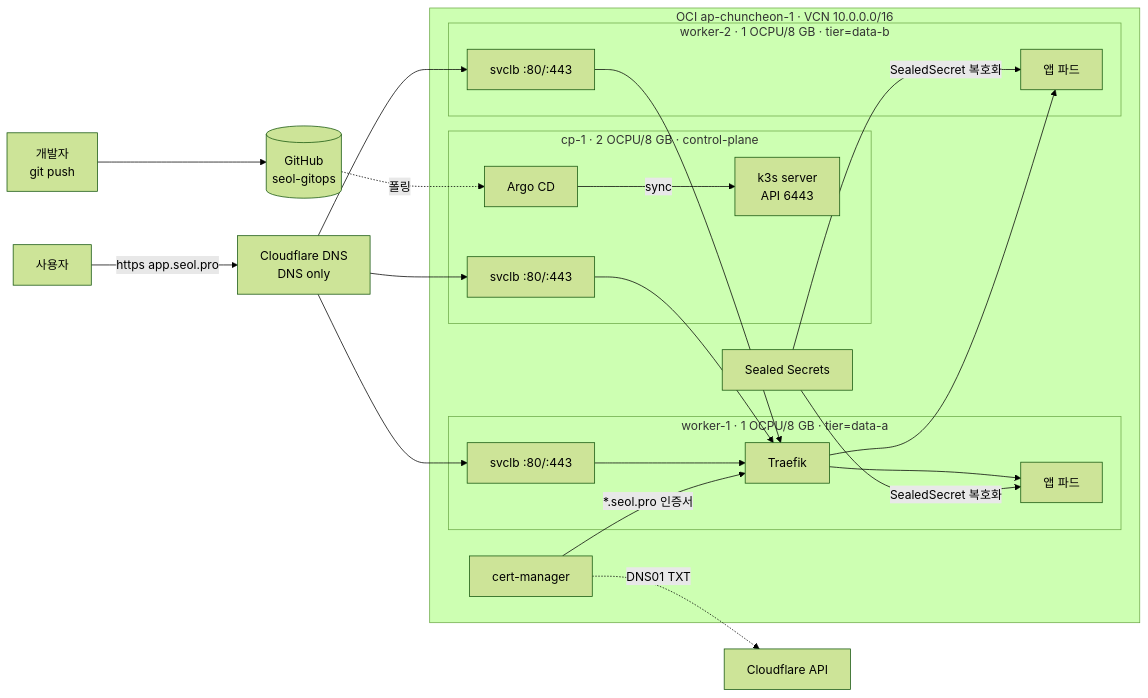
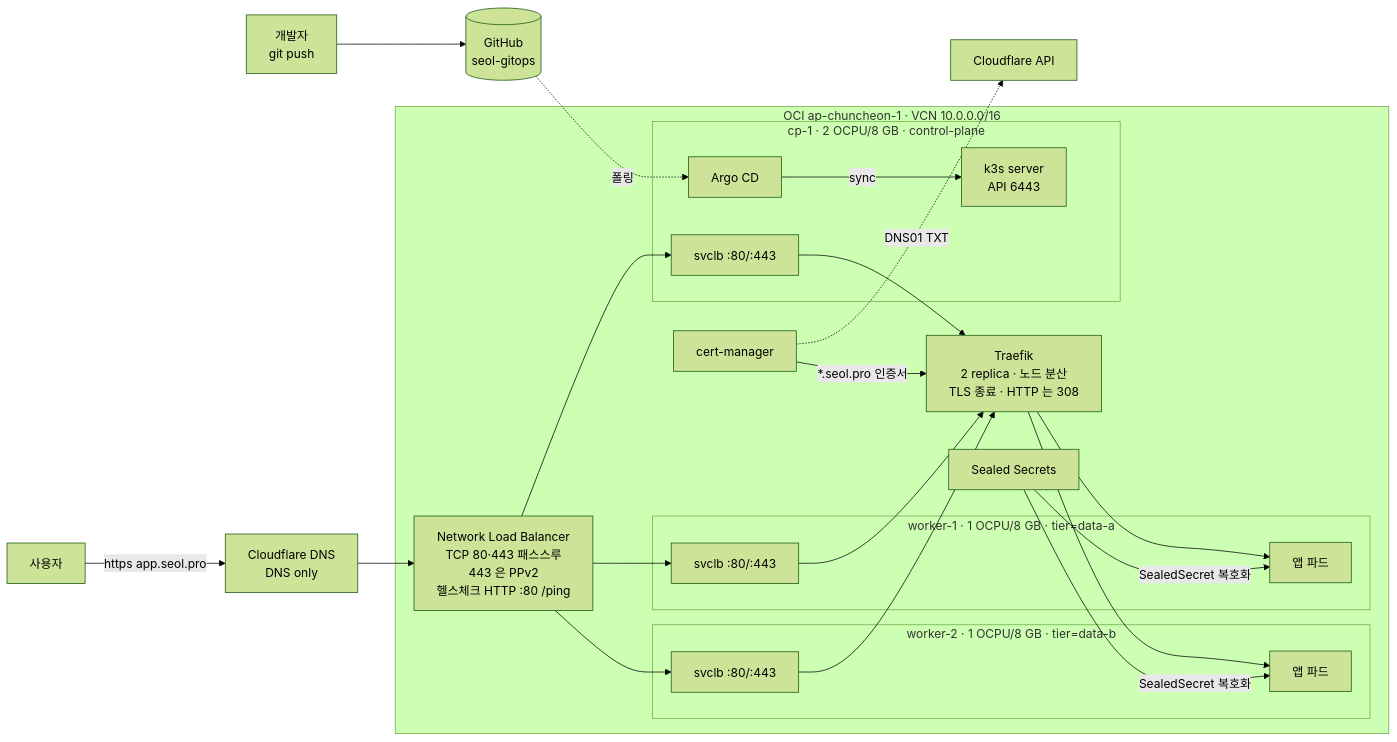
Before and after one commit to Seol-JY/seol-gitops: the diagram in README.md, drawn with Mermaid (forest theme). The commit also changed other lines of this file and 8 other files, not shown here.

Commit message:
feat(infra): NLB 진입점 전환과 Traefik 엔트리포인트 구성

````diff
--- a/README.md
+++ b/README.md
@@ -7,31 +7,33 @@
 ```mermaid
 flowchart LR
   dev[개발자<br/>git push] --> gh[(GitHub<br/>seol-gitops)]
   gh -.폴링.-> argocd
 
   subgraph oci[OCI ap-chuncheon-1 · VCN 10.0.0.0/16]
+    nlb[Network Load Balancer<br/>TCP 80·443 패스스루<br/>443 은 PPv2<br/>헬스체크 HTTP :80 /ping]
     subgraph cp[cp-1 · 2 OCPU/8 GB · control-plane]
       api[k3s server<br/>API 6443]
       argocd[Argo CD]
       svclb1[svclb :80/:443]
     end
     subgraph w1[worker-1 · 1 OCPU/8 GB · tier=data-a]
-      traefik[Traefik]
       svclb2[svclb :80/:443]
       apps1[앱 파드]
     end
     subgraph w2[worker-2 · 1 OCPU/8 GB · tier=data-b]
       svclb3[svclb :80/:443]
       apps2[앱 파드]
     end
+    traefik[Traefik<br/>2 replica · 노드 분산<br/>TLS 종료 · HTTP 는 308]
     cm[cert-manager]
     ss[Sealed Secrets]
   end
 
   argocd -->|sync| api
   user[사용자] -->|https app.seol.pro| cf[Cloudflare DNS<br/>DNS only]
-  cf --> svclb1 & svclb2 & svclb3 --> traefik --> apps1 & apps2
+  cf --> nlb
+  nlb --> svclb1 & svclb2 & svclb3 --> traefik --> apps1 & apps2
   cm -.DNS01 TXT.-> cfapi[Cloudflare API]
   cm -->|*.seol.pro 인증서| traefik
   ss -->|SealedSecret 복호화| apps1 & apps2
 ```
````
